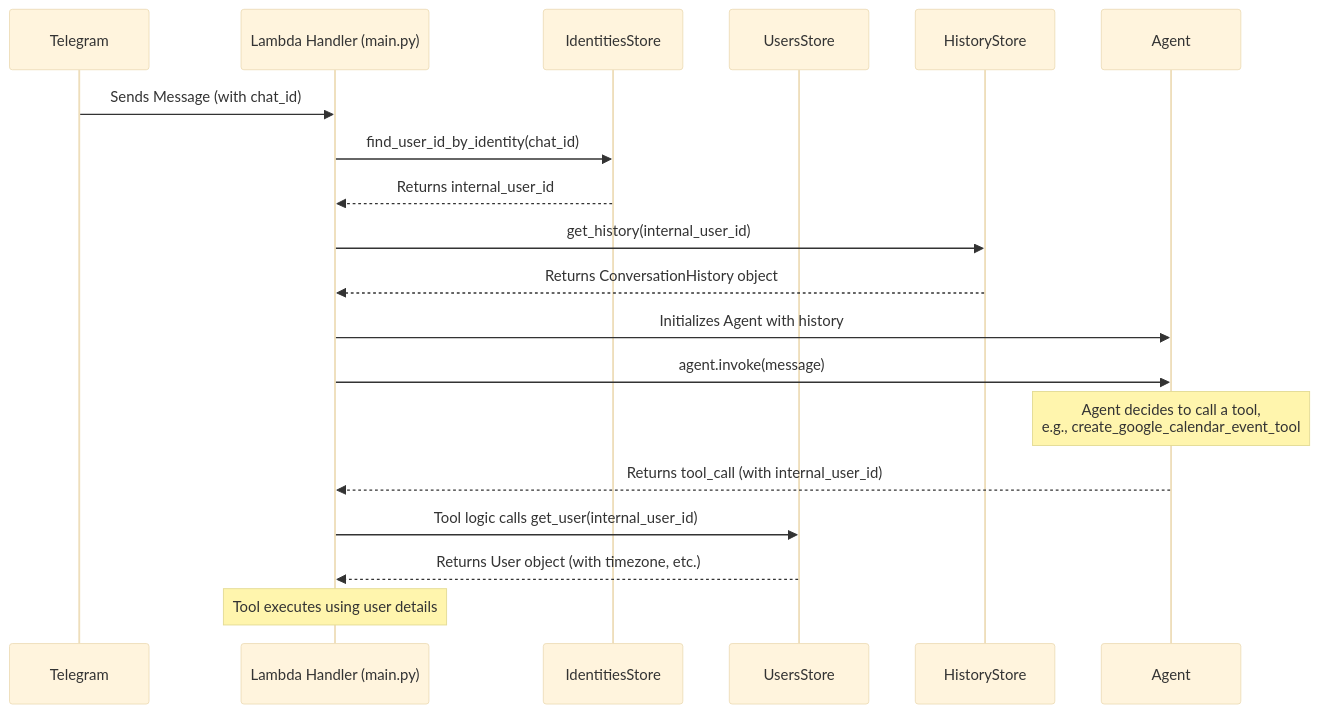
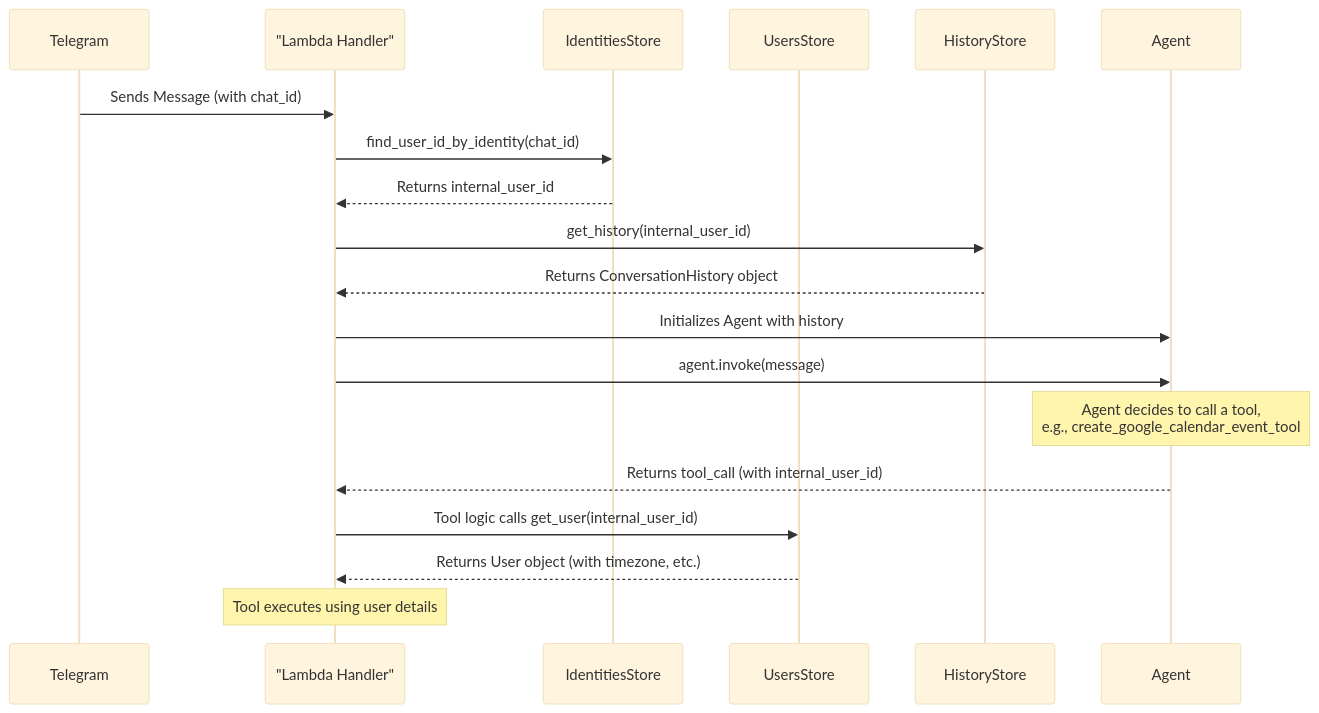
One commit to OurMultiverseOfMadness/Ctrl-Alt-Heal changed the fifth of 5 diagrams in docs/architecture.md. Above: the diagram before and after it, drawn with Mermaid (base theme). The commit also changed 3 other files, not shown here.

First line of the commit message:
fix: Resolve Mermaid diagram rendering issues across documentation

````diff
--- a/docs/architecture.md
+++ b/docs/architecture.md
@@ -147,28 +147,28 @@
 ```mermaid
 sequenceDiagram
     participant Telegram
-    participant Lambda Handler (main.py)
+    participant LambdaHandler as "Lambda Handler"
     participant IdentitiesStore
     participant UsersStore
     participant HistoryStore
     participant Agent
 
-    Telegram->>Lambda Handler (main.py): Sends Message (with chat_id)
-    Lambda Handler (main.py)->>IdentitiesStore: find_user_id_by_identity(chat_id)
-    IdentitiesStore-->>Lambda Handler (main.py): Returns internal_user_id
+    Telegram->>LambdaHandler: Sends Message (with chat_id)
+    LambdaHandler->>IdentitiesStore: find_user_id_by_identity(chat_id)
+    IdentitiesStore-->>LambdaHandler: Returns internal_user_id
 
-    Lambda Handler (main.py)->>HistoryStore: get_history(internal_user_id)
-    HistoryStore-->>Lambda Handler (main.py): Returns ConversationHistory object
+    LambdaHandler->>HistoryStore: get_history(internal_user_id)
+    HistoryStore-->>LambdaHandler: Returns ConversationHistory object
 
-    Lambda Handler (main.py)->>Agent: Initializes Agent with history
-    Lambda Handler (main.py)->>Agent: agent.invoke(message)
+    LambdaHandler->>Agent: Initializes Agent with history
+    LambdaHandler->>Agent: agent.invoke(message)
 
     Note over Agent: Agent decides to call a tool,<br/>e.g., create_google_calendar_event_tool
 
-    Agent-->>Lambda Handler (main.py): Returns tool_call (with internal_user_id)
+    Agent-->>LambdaHandler: Returns tool_call (with internal_user_id)
 
-    Lambda Handler (main.py)->>UsersStore: Tool logic calls get_user(internal_user_id)
-    UsersStore-->>Lambda Handler (main.py): Returns User object (with timezone, etc.)
+    LambdaHandler->>UsersStore: Tool logic calls get_user(internal_user_id)
+    UsersStore-->>LambdaHandler: Returns User object (with timezone, etc.)
 
-    Note over Lambda Handler (main.py): Tool executes using user details
+    Note over LambdaHandler: Tool executes using user details
 ```
````
